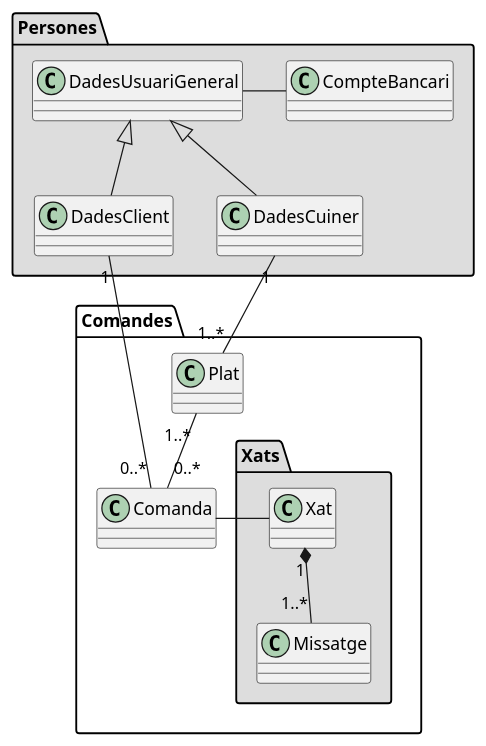
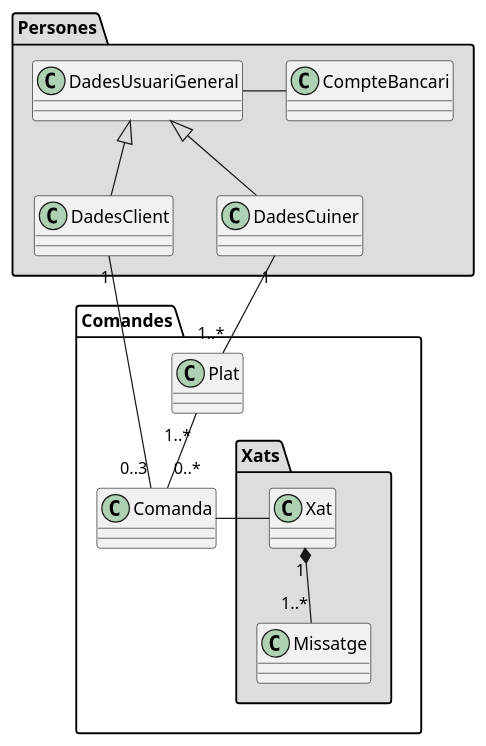
Before and after one commit to martipages/ES23UAB431-02: the diagram in documents/Diagrames/Classes/Cuiner/DC Cuiner-Xat.puml, drawn with PlantUML. The commit also changed 2 other files, not shown here.

```diff
--- a/documents/Diagrames/Classes/Cuiner/DC Cuiner-Xat.puml
+++ b/documents/Diagrames/Classes/Cuiner/DC Cuiner-Xat.puml
@@ -1,31 +1,30 @@
 @startuml
 skinparam groupInheritance 1
 
 namespace Persones #DDDDDD {
 class DadesCuiner
 class DadesUsuariGeneral
 class DadesClient
 class CompteBancari
 }
 
 namespace Comandes {
  namespace Xats #DDDDDD {
   class Xat
   class Missatge
  }
   class Plat
   class Comanda
 }
 
 DadesUsuariGeneral <|-- DadesCuiner
 DadesUsuariGeneral <|-- DadesClient
 
 DadesUsuariGeneral - CompteBancari
 
 DadesCuiner "1" -- "1..*" Plat
-DadesClient "1" - "0..*" Comanda
+DadesClient "1" - "0..3" Comanda
 Plat "1..*" -- "0..*" Comanda
 Comanda - Xat
 Xat "1" *-- "1..*" Missatge
-
 @enduml
```
